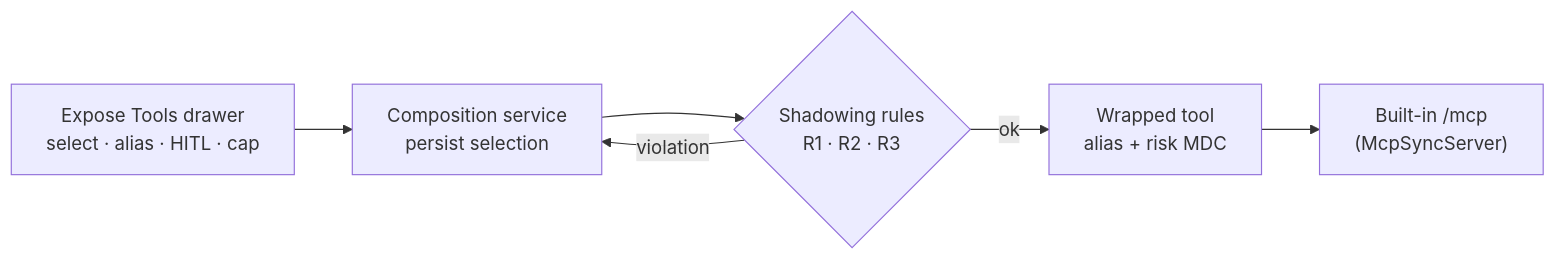
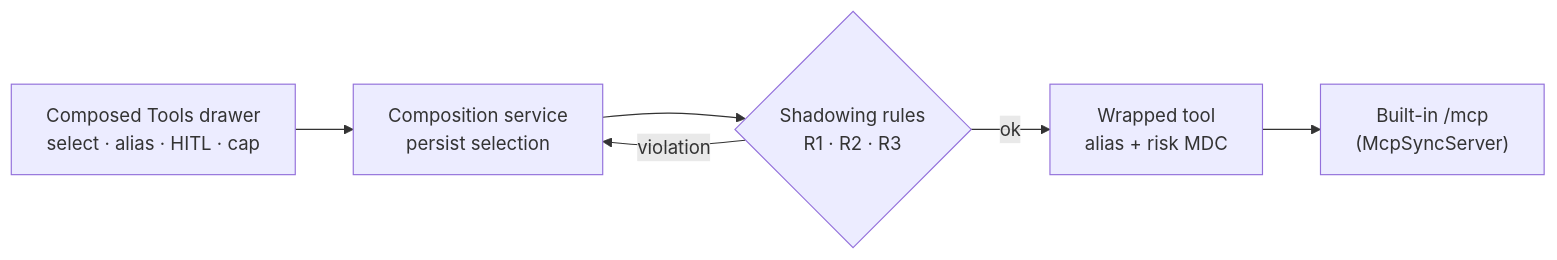
The fifth of 9 diagrams in docs/architecture.md (JM-Lab/spring-ai-playground), drawn with Mermaid before and after one commit. The commit also changed other lines of this file and 292 other files, not shown here.

````diff
--- a/docs/architecture.md
+++ b/docs/architecture.md
@@ -224,12 +224,12 @@
 ```mermaid
 flowchart LR
-    DRAWER["Expose Tools drawer<br/>select · alias · HITL · cap"]
+    DRAWER["Composed Tools drawer<br/>select · alias · HITL · cap"]
     SVC["Composition service<br/>persist selection"]
     RULES{"Shadowing rules<br/>R1 · R2 · R3"}
     WRAP["Wrapped tool<br/>alias + risk MDC"]
     BUILTIN["Built-in /mcp<br/>(McpSyncServer)"]
 
     DRAWER --> SVC --> RULES
     RULES -->|ok| WRAP --> BUILTIN
     RULES -->|violation| SVC
 ```
````
